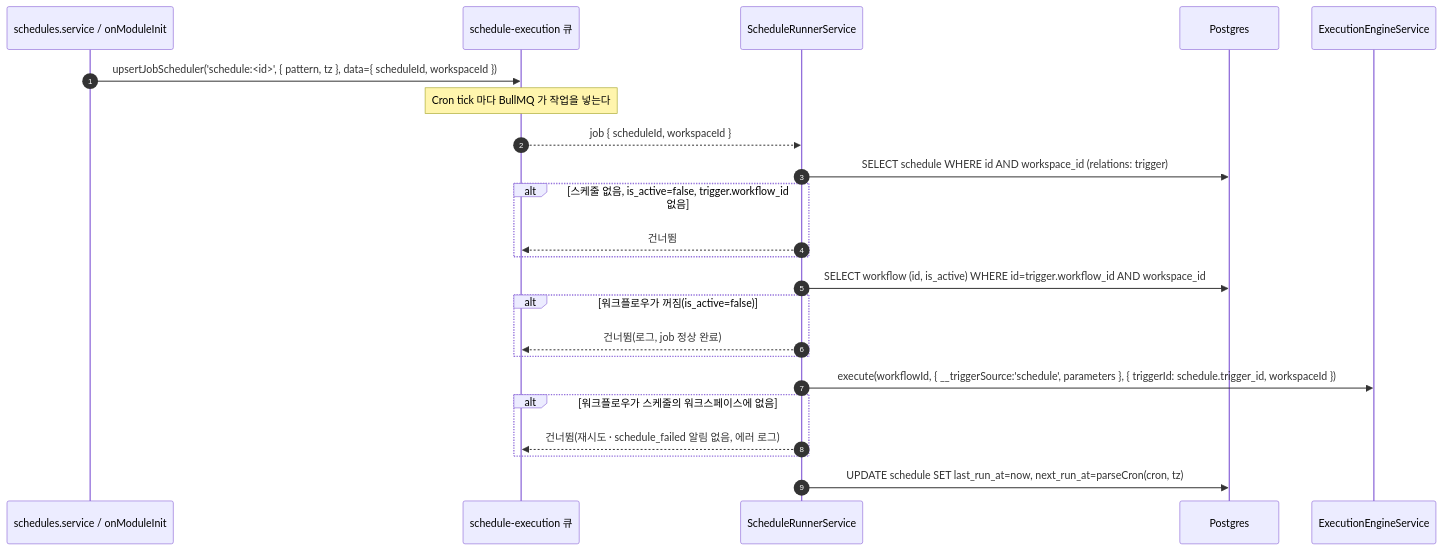
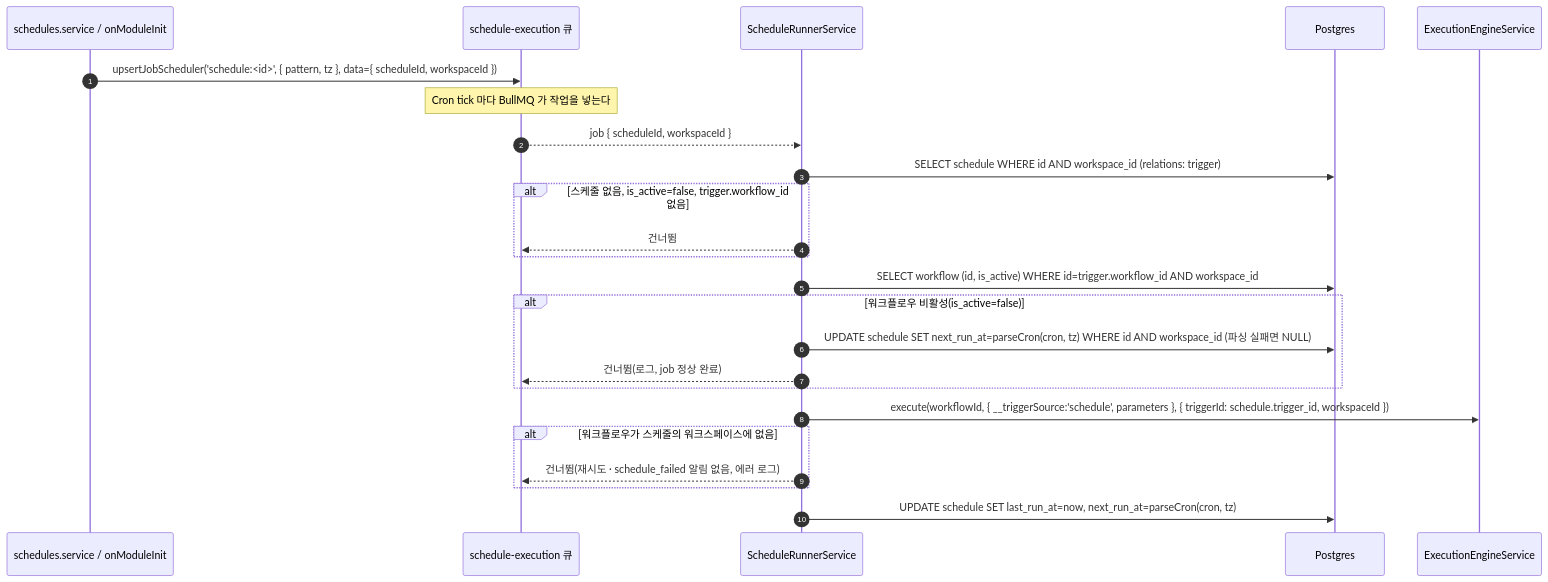
One commit to worker-ants/clemvion changed the fourth of 6 diagrams in spec/CLE-TRIG/CLE-TRIG-DATA.md. Above: the diagram before and after it, drawn with Mermaid. The commit also changed other lines of this file and 13 other files, not shown here.

````diff
--- a/spec/CLE-TRIG/CLE-TRIG-DATA.md
+++ b/spec/CLE-TRIG/CLE-TRIG-DATA.md
@@ -292,25 +292,26 @@
 ```mermaid
 sequenceDiagram
     autonumber
     participant Reg as schedules.service / onModuleInit
     participant Q as schedule-execution 큐
     participant Proc as ScheduleRunnerService
     participant PG as Postgres
     participant Eng as ExecutionEngineService
     Reg->>Q: upsertJobScheduler('schedule:<id>', { pattern, tz }, data={ scheduleId, workspaceId })
     Note over Q: Cron tick 마다 BullMQ 가 작업을 넣는다
     Q-->>Proc: job { scheduleId, workspaceId }
     Proc->>PG: SELECT schedule WHERE id AND workspace_id (relations: trigger)
     alt 스케줄 없음, is_active=false, trigger.workflow_id 없음
         Proc-->>Q: 건너뜀
     end
     Proc->>PG: SELECT workflow (id, is_active) WHERE id=trigger.workflow_id AND workspace_id
-    alt 워크플로우가 꺼짐(is_active=false)
+    alt 워크플로우 비활성(is_active=false)
+        Proc->>PG: UPDATE schedule SET next_run_at=parseCron(cron, tz) WHERE id AND workspace_id (파싱 실패면 NULL)
         Proc-->>Q: 건너뜀(로그, job 정상 완료)
     end
     Proc->>Eng: execute(workflowId, { __triggerSource:'schedule', parameters }, { triggerId: schedule.trigger_id, workspaceId })
     alt 워크플로우가 스케줄의 워크스페이스에 없음
         Proc-->>Q: 건너뜀(재시도 · schedule_failed 알림 없음, 에러 로그)
     end
     Proc->>PG: UPDATE schedule SET last_run_at=now, next_run_at=parseCron(cron, tz)
 ```
````
